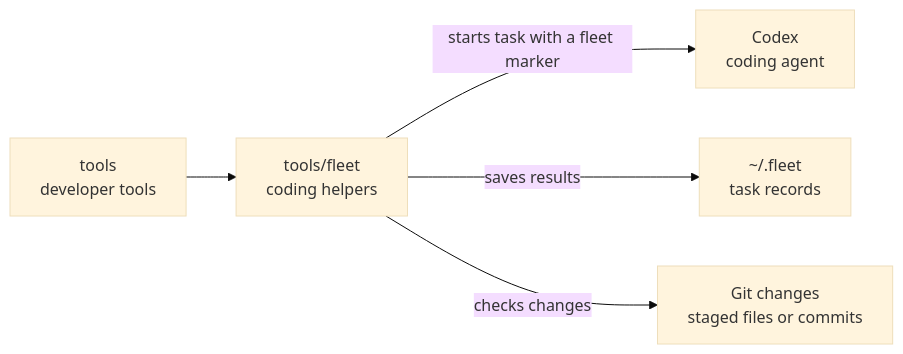
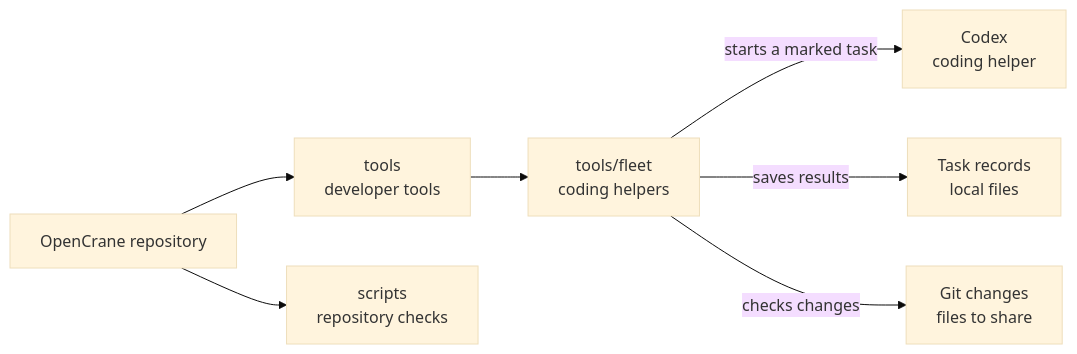
One commit to elewa-git/opencrane-new changed the diagram in tools/fleet/README.md. Above: the diagram before and after it, drawn with Mermaid (base theme). The commit also changed other lines of this file and 16 other files, not shown here.

````diff
--- a/tools/fleet/README.md
+++ b/tools/fleet/README.md
@@ -15,7 +16,9 @@
 ```mermaid
 flowchart LR
-  tools["tools<br/>developer tools"] --> fleet["tools/fleet<br/>coding helpers"]
-  fleet -->|starts task with a fleet marker| codex["Codex<br/>coding agent"]
-  fleet -->|saves results| logs["~/.fleet<br/>task records"]
-  fleet -->|checks changes| git["Git changes<br/>staged files or commits"]
+  root["OpenCrane repository"] --> tools["tools<br/>developer tools"]
+  root --> scripts["scripts<br/>repository checks"]
+  tools --> fleet["tools/fleet<br/>coding helpers"]
+  fleet -->|starts a marked task| codex["Codex<br/>coding helper"]
+  fleet -->|saves results| logs["Task records<br/>local files"]
+  fleet -->|checks changes| git["Git changes<br/>files to share"]
 ```
````
